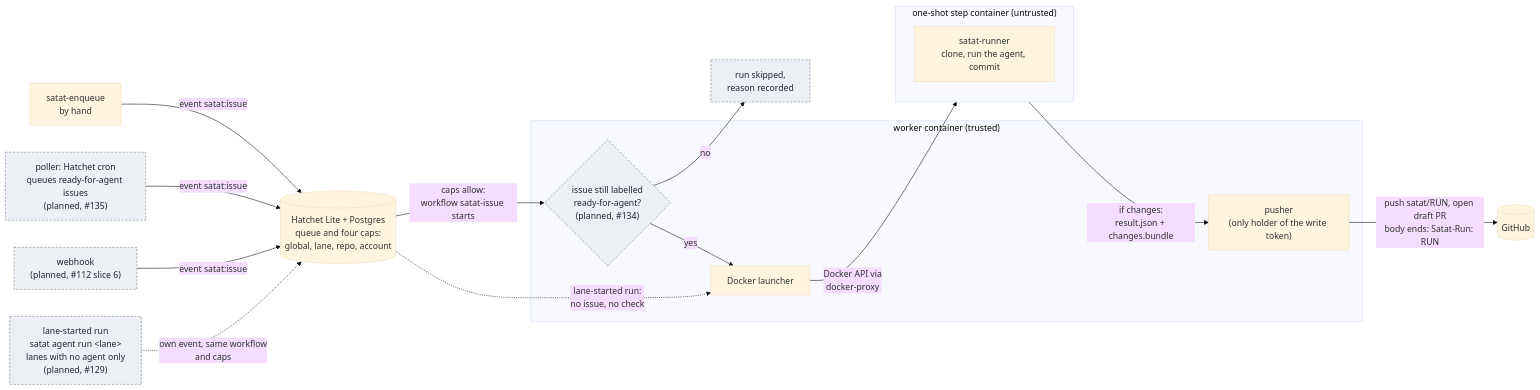
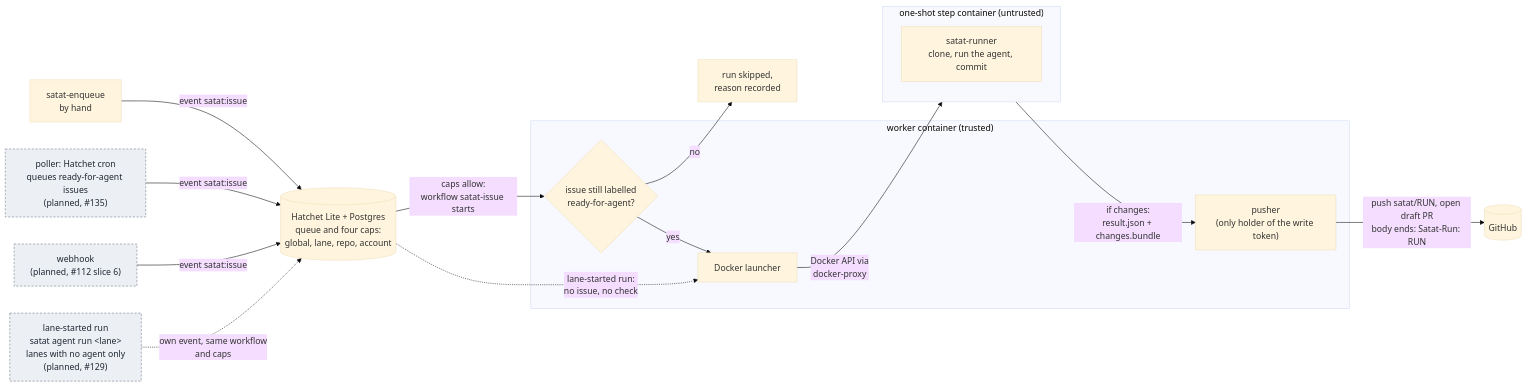
One commit to javatarz/satat changed the diagram in docs/design.md. Above: the diagram before and after it, drawn with Mermaid (base theme). The commit also changed other lines of this file and 8 other files, not shown here.

First line of the commit message:
Check ready-for-agent before running an issue #134

````diff
--- a/docs/design.md
+++ b/docs/design.md
@@ -26,36 +26,36 @@
 ```mermaid
 flowchart LR
   enq["satat-enqueue<br/>by hand"]
   poll["poller: Hatchet cron<br/>queues ready-for-agent issues<br/>(planned, #135)"]
   hook["webhook<br/>(planned, #112 slice 6)"]
   lanerun["lane-started run<br/>satat agent run &lt;lane&gt;<br/>lanes with no agent only<br/>(planned, #129)"]
 
   queue[("Hatchet Lite + Postgres<br/>queue and four caps:<br/>global, lane, repo, account")]
 
   enq -- "event satat:issue" --> queue
   poll -- "event satat:issue" --> queue
   hook -- "event satat:issue" --> queue
   lanerun -. "own event, same workflow<br/>and caps" .-> queue
 
   subgraph worker["worker container (trusted)"]
-    ready{"issue still labelled<br/>ready-for-agent?<br/>(planned, #134)"}
+    ready{"issue still labelled<br/>ready-for-agent?"}
     launch["Docker launcher"]
     push["pusher<br/>(only holder of the write token)"]
   end
 
   queue -- "caps allow:<br/>workflow satat-issue starts" --> ready
   ready -- "no" --> skip["run skipped,<br/>reason recorded"]
   ready -- "yes" --> launch
   queue -. "lane-started run:<br/>no issue, no check" .-> launch
   launch -- "Docker API via<br/>docker-proxy" --> step
 
   subgraph step["one-shot step container (untrusted)"]
     runner["satat-runner<br/>clone, run the agent, commit"]
   end
 
   step -- "if changes:<br/>result.json + changes.bundle" --> push
   push -- "push satat/RUN, open draft PR<br/>body ends: Satat-Run: RUN" --> gh[(GitHub)]
 
   classDef planned fill:#eceff3,stroke:#6b7685,color:#1f2733,stroke-dasharray:4 3
-  class poll,hook,lanerun,ready,skip planned
+  class poll,hook,lanerun planned
 ```
````
